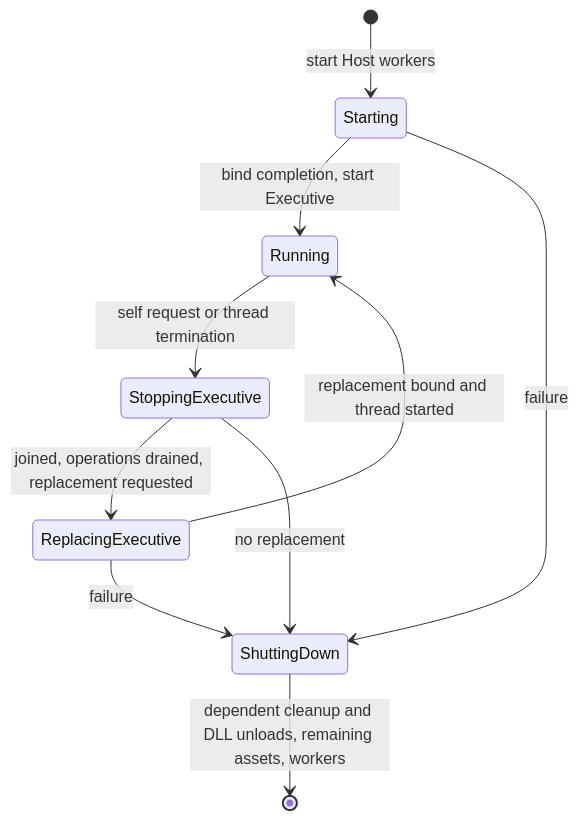
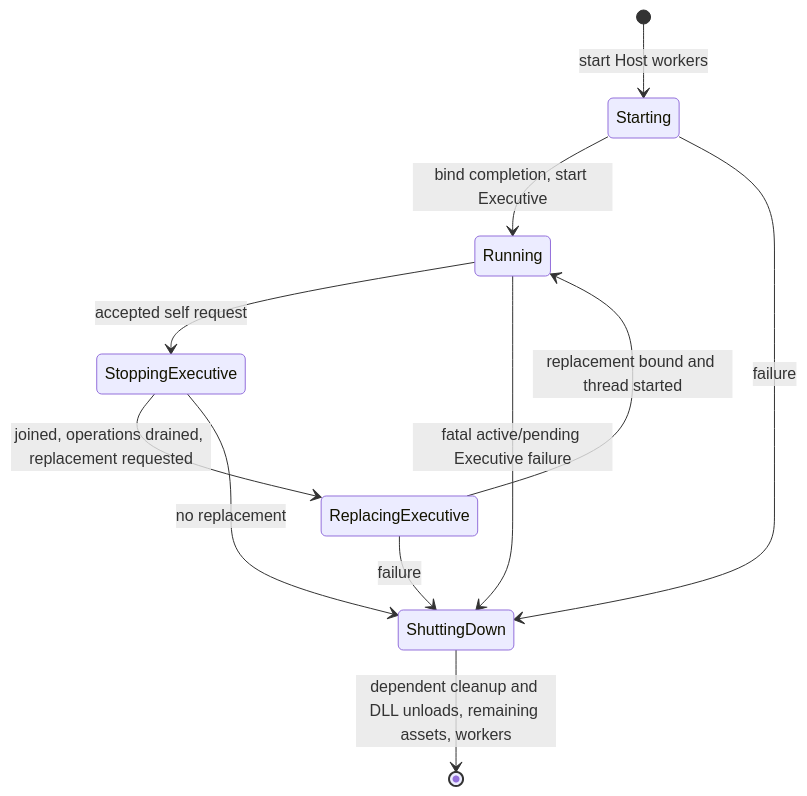
One commit to Morphic-Void/the-morphic-engine changed the diagram in docs/modules/asynchronous_module_lifecycle.md. Above: the diagram before and after it, drawn with Mermaid. The commit also changed other lines of this file and 239 other files, not shown here.

````diff
--- a/docs/modules/asynchronous_module_lifecycle.md
+++ b/docs/modules/asynchronous_module_lifecycle.md
@@ -79,12 +83,13 @@
 ```mermaid
 stateDiagram-v2
     [*] --> Starting: start Host workers
     Starting --> Running: bind completion, start Executive
-    Running --> StoppingExecutive: self request or thread termination
+    Running --> StoppingExecutive: accepted self request
     StoppingExecutive --> ReplacingExecutive: joined, operations drained, replacement requested
     ReplacingExecutive --> Running: replacement bound and thread started
     StoppingExecutive --> ShuttingDown: no replacement
+    Running --> ShuttingDown: fatal active/pending Executive failure
     Starting --> ShuttingDown: failure
     ReplacingExecutive --> ShuttingDown: failure
     ShuttingDown --> [*]: dependent cleanup and DLL unloads, remaining assets, workers
 ```
````
